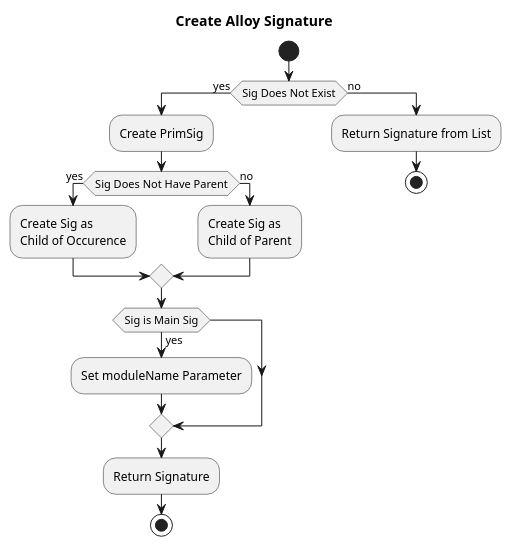
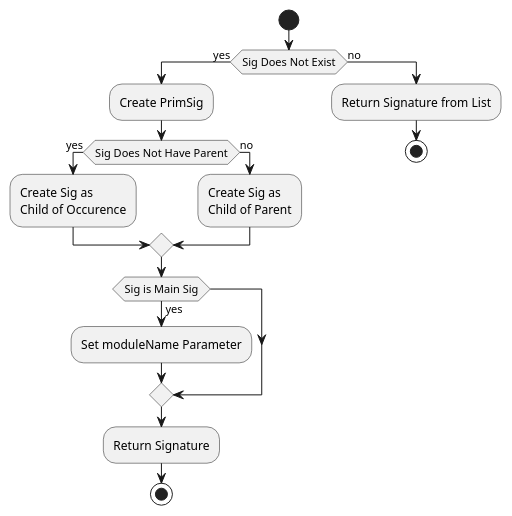
One commit to ontological-behavior-modeling/tester changed the diagram in src/main/javadoc/edu/gatech/gtri/obm/translator/alloy/fromxmi/doc-files/ToAlloy_createAlloySig3.puml. Above: the diagram before and after it, drawn with PlantUML. The commit also changed 11 other files, not shown here.

```diff
--- a/src/main/javadoc/edu/gatech/gtri/obm/translator/alloy/fromxmi/doc-files/ToAlloy_createAlloySig3.puml
+++ b/src/main/javadoc/edu/gatech/gtri/obm/translator/alloy/fromxmi/doc-files/ToAlloy_createAlloySig3.puml
@@ -1,22 +1,21 @@
 @startuml
-title Create Alloy Signature
 start
  if (Sig Does Not Exist) then (yes)
  :Create PrimSig;
  if (Sig Does Not Have Parent) then (yes)
  :Create Sig as 
  Child of Occurence;
  else(no)
  :Create Sig as 
  Child of Parent;
  endif
  if(Sig is Main Sig) then (yes)
  :Set moduleName Parameter;
  endif
  :Return Signature;
  stop
  else(no)
  :Return Signature from List;
 
 stop
 @enduml
```
